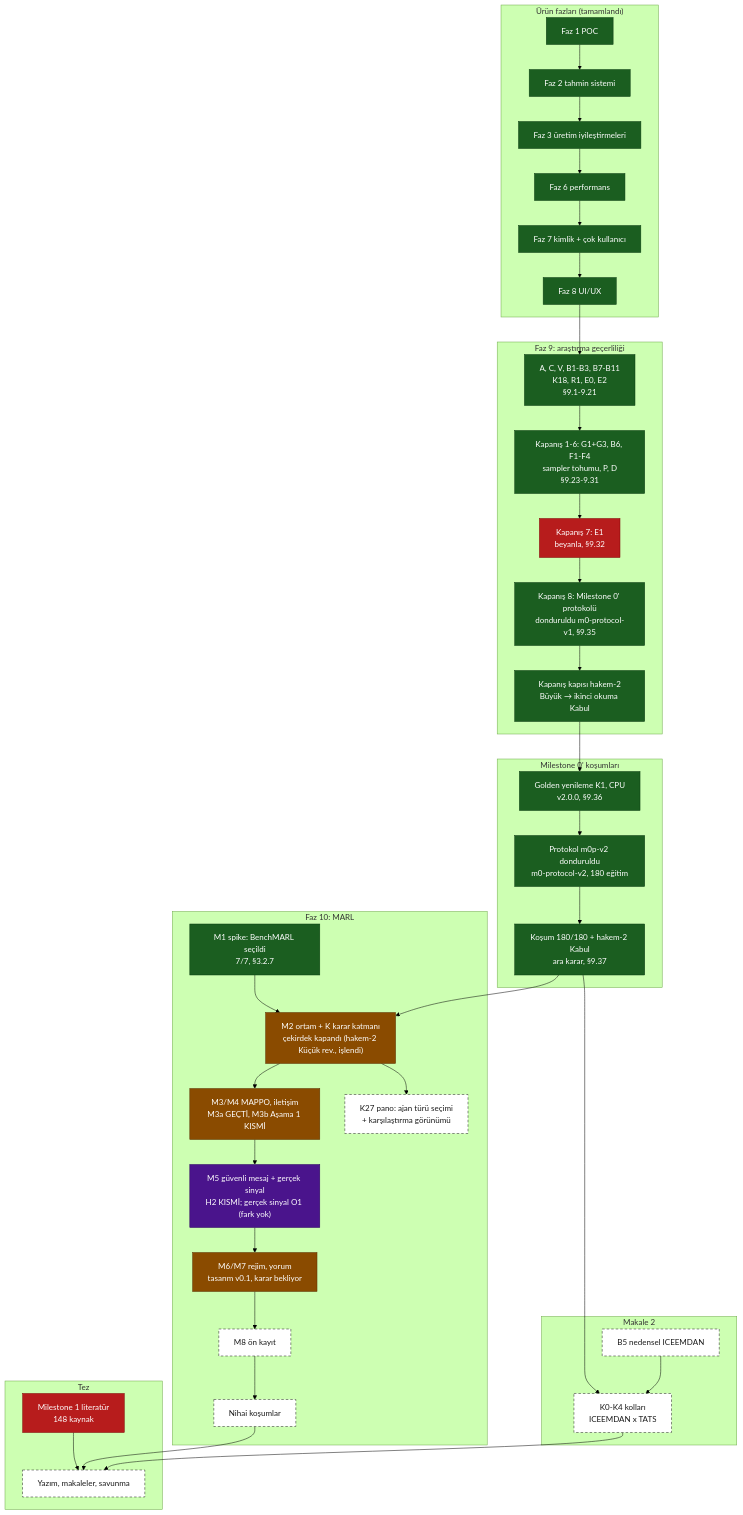
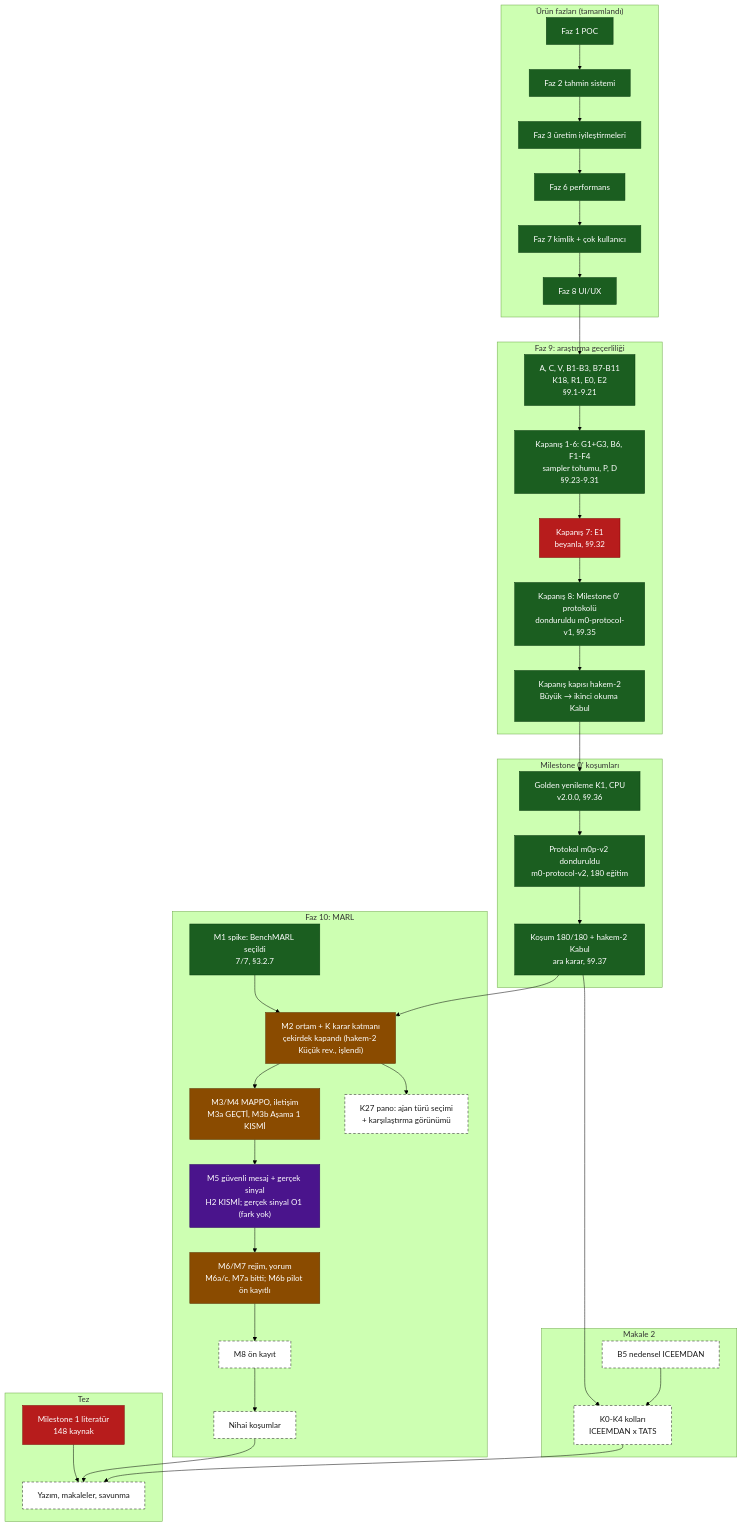
Before and after one commit to softdevcan/RL-Trading-Project: the second of 2 diagrams in docs/development/system-map.md, drawn with Mermaid (forest theme). The commit also changed other lines of this file and 5 other files, not shown here.

````diff
--- a/docs/development/system-map.md
+++ b/docs/development/system-map.md
@@ -112,63 +112,63 @@
 ```mermaid
 flowchart TB
   classDef done fill:#1b5e20,stroke:#0b3d10,color:#ffffff
   classDef partial fill:#b71c1c,stroke:#7f0000,color:#ffffff
   classDef active fill:#8a4b00,stroke:#5a3000,color:#ffffff
   classDef decision fill:#4a148c,stroke:#2a0060,color:#ffffff
   classDef planned fill:#ffffff,stroke:#1a1a1a,stroke-dasharray:5 4,color:#1a1a1a
 
   subgraph URUN["Ürün fazları (tamamlandı)"]
     F1["Faz 1 POC"]:::done
     F2["Faz 2 tahmin sistemi"]:::done
     F3["Faz 3 üretim iyileştirmeleri"]:::done
     F6["Faz 6 performans"]:::done
     F7["Faz 7 kimlik + çok kullanıcı"]:::done
     F8["Faz 8 UI/UX"]:::done
   end
 
   subgraph F9["Faz 9: araştırma geçerliliği"]
     P9A["A, C, V, B1-B3, B7-B11<br/>K18, R1, E0, E2<br/>§9.1-9.21"]:::done
     P9B["Kapanış 1-6: G1+G3, B6, F1-F4<br/>sampler tohumu, P, D<br/>§9.23-9.31"]:::done
     P9E["Kapanış 7: E1<br/>beyanla, §9.32"]:::partial
     P9M["Kapanış 8: Milestone 0' protokolü<br/>donduruldu m0-protocol-v1, §9.35"]:::done
     H2["Kapanış kapısı hakem-2<br/>Büyük → ikinci okuma Kabul"]:::done
   end
 
   subgraph M0["Milestone 0' koşumları"]
     GOLD["Golden yenileme K1, CPU<br/>v2.0.0, §9.36"]:::done
     PRE["Protokol m0p-v2 donduruldu<br/>m0-protocol-v2, 180 eğitim"]:::done
     FIN["Koşum 180/180 + hakem-2 Kabul<br/>ara karar, §9.37"]:::done
   end
 
   subgraph M2P["Makale 2"]
     B5["B5 nedensel ICEEMDAN"]:::planned
     K0K4["K0-K4 kolları<br/>ICEEMDAN x TATS"]:::planned
   end
 
   subgraph F10["Faz 10: MARL"]
     M1["M1 spike: BenchMARL seçildi<br/>7/7, §3.2.7"]:::done
     M2["M2 ortam + K karar katmanı<br/>çekirdek kapandı (hakem-2 Küçük rev., işlendi)"]:::active
     M34["M3/M4 MAPPO, iletişim<br/>M3a GEÇTİ, M3b Aşama 1 KISMİ"]:::active
     M5["M5 güvenli mesaj + gerçek sinyal<br/>H2 KISMİ; gerçek sinyal O1 (fark yok)"]:::decision
-    M67["M6/M7 rejim, yorum<br/>tasarım v0.1, karar bekliyor"]:::active
+    M67["M6/M7 rejim, yorum<br/>M6a/c, M7a bitti; M6b pilot ön kayıtlı"]:::active
     M8["M8 ön kayıt"]:::planned
     FINAL["Nihai koşumlar"]:::planned
     K27["K27 pano: ajan türü seçimi<br/>+ karşılaştırma görünümü"]:::planned
   end
 
   subgraph TEZ["Tez"]
     T1["Milestone 1 literatür<br/>148 kaynak"]:::partial
     T4["Yazım, makaleler, savunma"]:::planned
   end
 
   F1 --> F2 --> F3 --> F6 --> F7 --> F8 --> P9A --> P9B --> P9E --> P9M --> H2
   H2 --> GOLD --> PRE --> FIN
   FIN --> K0K4
   B5 --> K0K4
   M1 --> M2
   FIN --> M2 --> M34 --> M5 --> M67 --> M8 --> FINAL
   M2 --> K27
   T1 --> T4
   FINAL --> T4
   K0K4 --> T4
 ```
````
